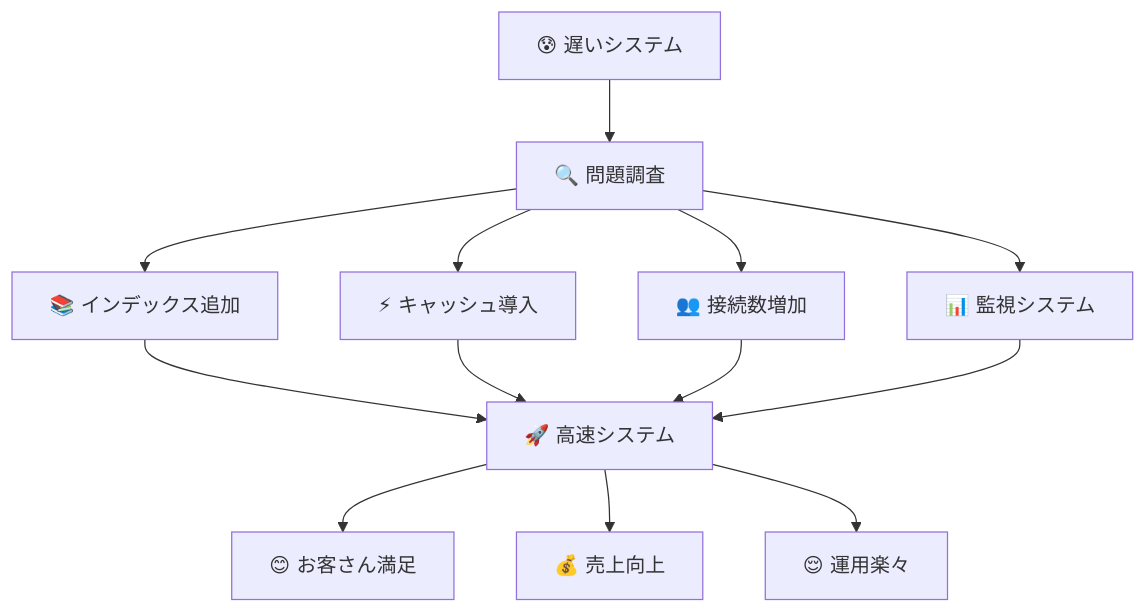
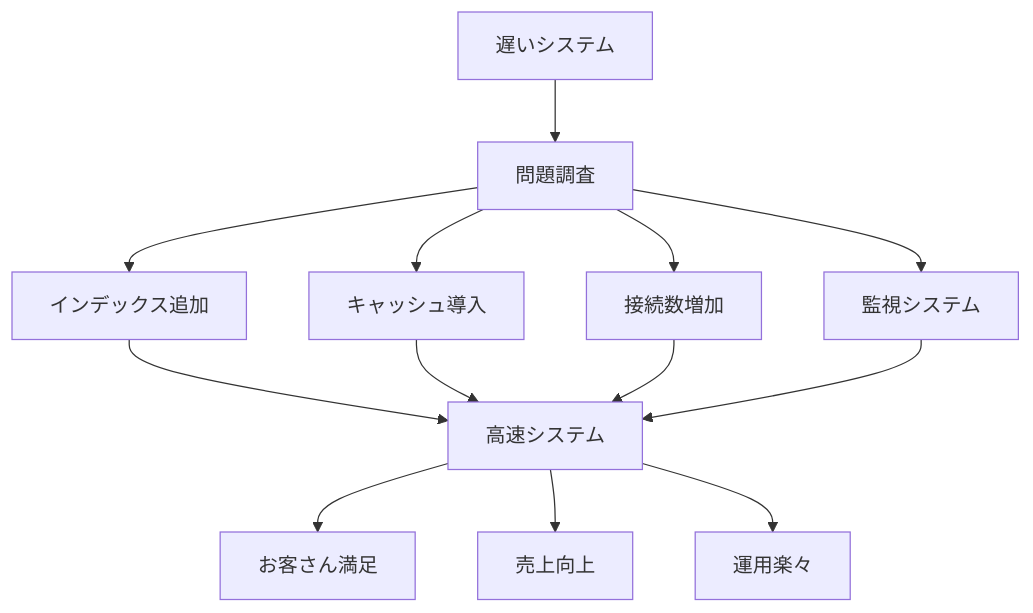
Before and after one commit to itdojp/supabase-architecture-patterns-book: the diagram in docs/chapters/chapter06/index.md, drawn with Mermaid. The commit also changed other lines of this file and 49 other files, not shown here.

````diff
--- a/docs/chapters/chapter06/index.md
+++ b/docs/chapters/chapter06/index.md
@@ -54,17 +54,17 @@
 ```mermaid
 flowchart TD
-    A[😰 遅いシステム] --> B[🔍 問題調査]
-    B --> C[📚 インデックス追加]
-    B --> D[⚡ キャッシュ導入] 
-    B --> E[👥 接続数増加]
-    B --> F[📊 監視システム]
+    A[ 遅いシステム] --> B[ 問題調査]
+    B --> C[ インデックス追加]
+    B --> D[ キャッシュ導入] 
+    B --> E[ 接続数増加]
+    B --> F[ 監視システム]
     
-    C --> G[🚀 高速システム]
+    C --> G[ 高速システム]
     D --> G
     E --> G
     F --> G
     
-    G --> H[😊 お客さん満足]
-    G --> I[💰 売上向上]
-    G --> J[😌 運用楽々]
+    G --> H[ お客さん満足]
+    G --> I[ 売上向上]
+    G --> J[ 運用楽々]
 ```
````
